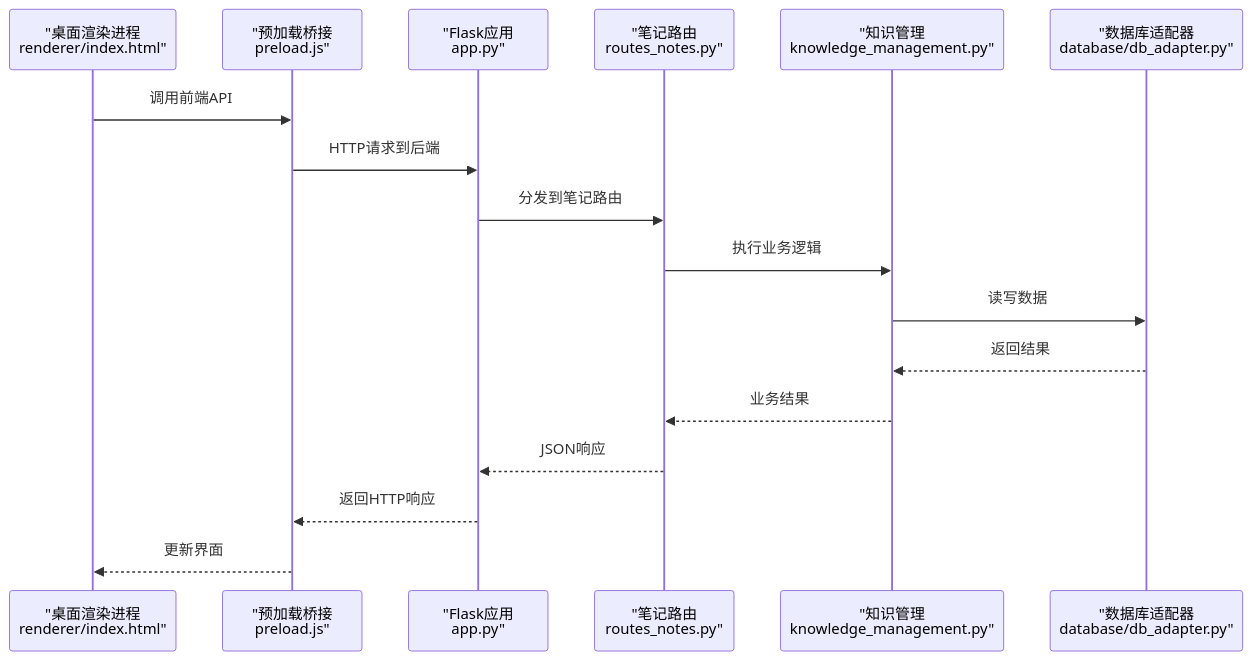
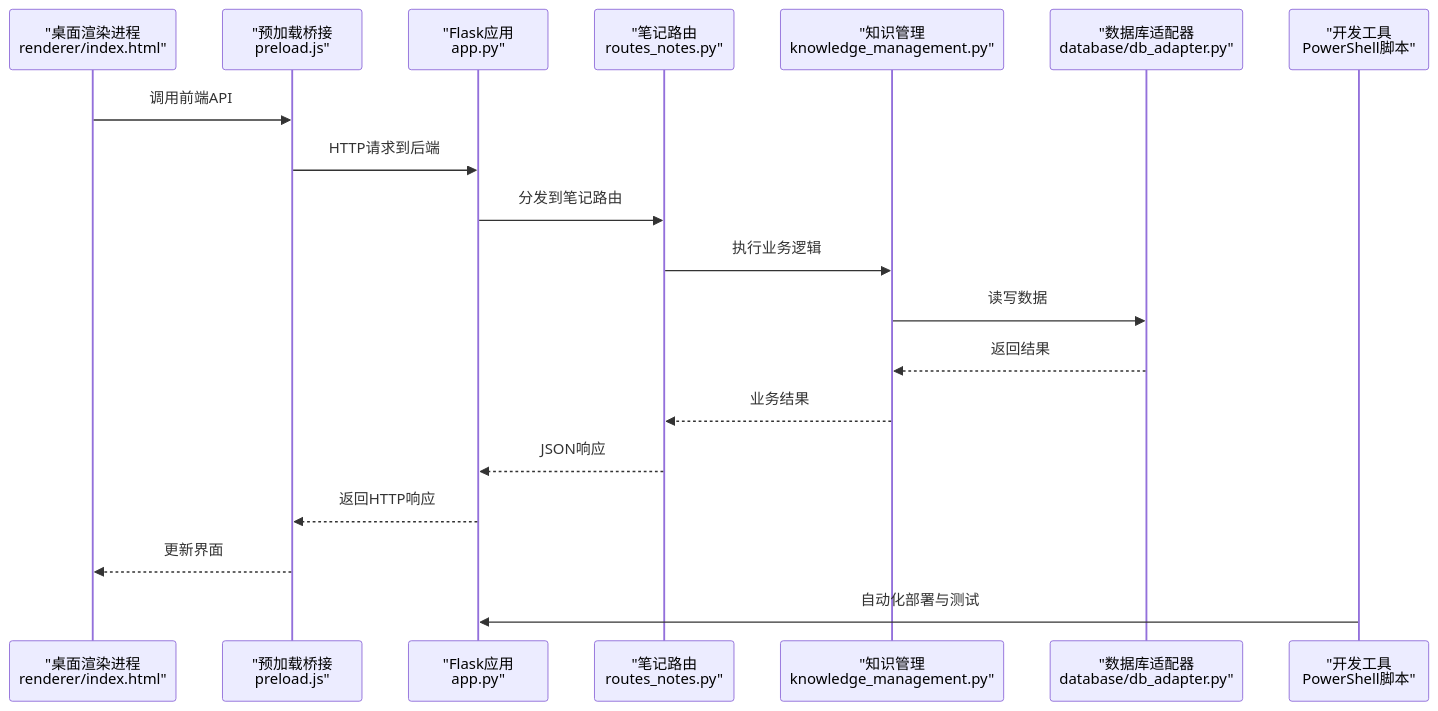
Before and after one commit to abokyoy/LectureLearnLoop: the second of 8 diagrams in .qoder/repowiki/zh/content/开发指南.md, drawn with Mermaid. The commit also changed other lines of this file and 268 other files, not shown here.

````diff
--- a/.qoder/repowiki/zh/content/开发指南.md
+++ b/.qoder/repowiki/zh/content/开发指南.md
@@ -173,19 +202,21 @@
 ```mermaid
 sequenceDiagram
 participant UI as "桌面渲染进程<br/>renderer/index.html"
 participant Bridge as "预加载桥接<br/>preload.js"
 participant App as "Flask应用<br/>app.py"
 participant Notes as "笔记路由<br/>routes_notes.py"
 participant KM as "知识管理<br/>knowledge_management.py"
 participant DB as "数据库适配器<br/>database/db_adapter.py"
+participant Tools as "开发工具<br/>PowerShell脚本"
 UI->>Bridge : 调用前端API
 Bridge->>App : HTTP请求到后端
 App->>Notes : 分发到笔记路由
 Notes->>KM : 执行业务逻辑
 KM->>DB : 读写数据
 DB-->>KM : 返回结果
 KM-->>Notes : 业务结果
 Notes-->>App : JSON响应
 App-->>Bridge : 返回HTTP响应
 Bridge-->>UI : 更新界面
+Tools->>App : 自动化部署与测试
 ```
````
